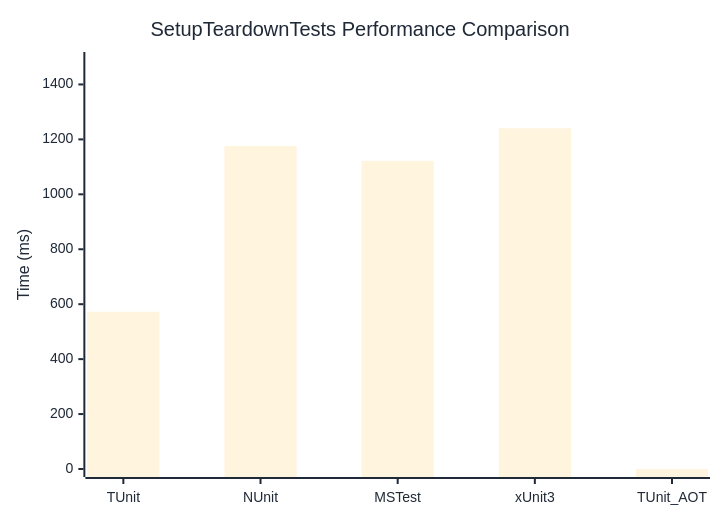
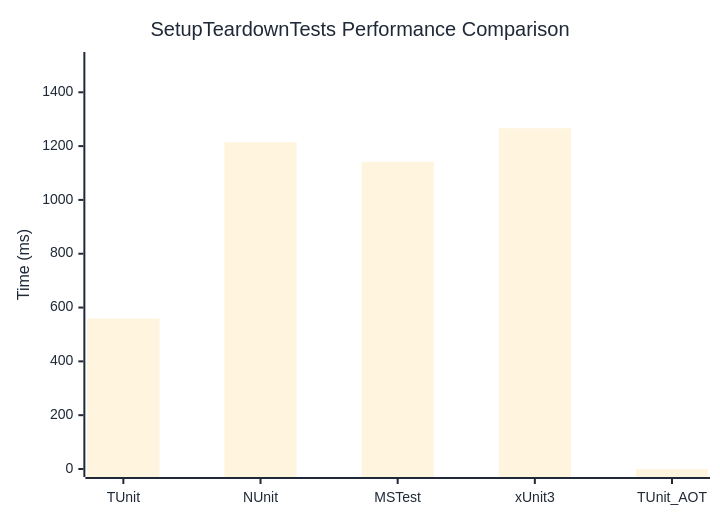
Before and after one commit to thomhurst/TUnit: the diagram in docs/docs/benchmarks/SetupTeardownTests.md, drawn with Mermaid. The commit also changed other lines of this file and 17 other files, not shown here.

````diff
--- a/docs/docs/benchmarks/SetupTeardownTests.md
+++ b/docs/docs/benchmarks/SetupTeardownTests.md
@@ -27,37 +27,37 @@
 ```mermaid
 %%{init: {
   'theme':'base',
   'themeVariables': {
     'primaryColor': '#2563eb',
     'primaryTextColor': '#1f2937',
     'primaryBorderColor': '#1e40af',
     'lineColor': '#6b7280',
     'secondaryColor': '#7c3aed',
     'tertiaryColor': '#dc2626',
     'background': '#ffffff',
     'mainBkg': '#2563eb',
     'secondBkg': '#7c3aed',
     'tertiaryBkg': '#dc2626',
     'clusterBkg': '#f3f4f6',
     'edgeLabelBackground': '#ffffff',
     'tertiaryTextColor': '#1f2937',
     'pie1': '#2563eb',
     'pie2': '#7c3aed',
     'pie3': '#dc2626',
     'pie4': '#f59e0b',
     'pie5': '#10b981',
     'pie6': '#06b6d4',
     'pie7': '#ec4899',
     'pie8': '#6366f1',
     'pie9': '#84cc16',
     'pie10': '#f97316',
     'pie11': '#14b8a6',
     'pie12': '#a855f7'
   }
 }}%%
 xychart-beta
   title "SetupTeardownTests Performance Comparison"
   x-axis ["TUnit", "NUnit", "MSTest", "xUnit3", "TUnit_AOT"]
-  y-axis "Time (ms)" 0 --> 1489
-  bar [572.3, 1175.7, 1122, 1240.4, 0]
+  y-axis "Time (ms)" 0 --> 1520
+  bar [559.3, 1214.6, 1141.6, 1266.3, 0]
 ```
````
